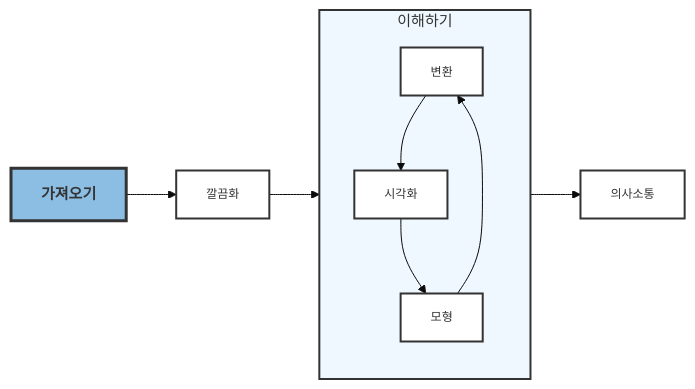
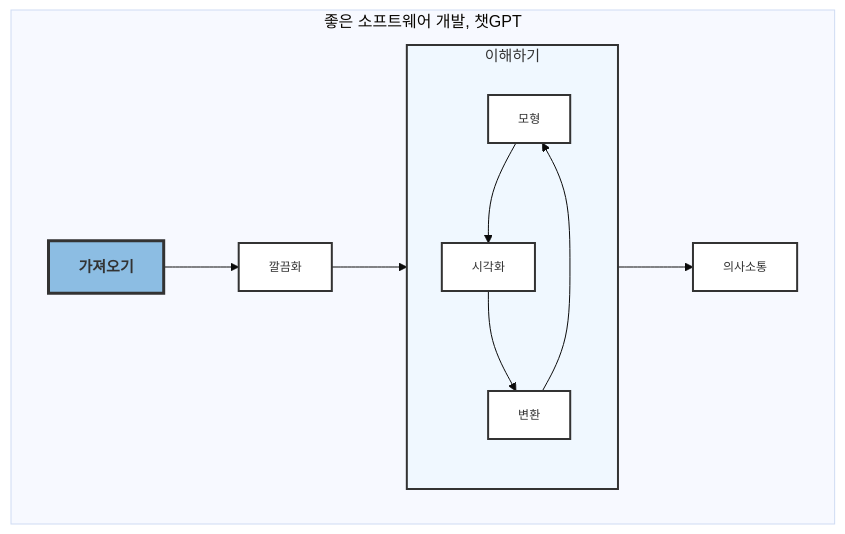
One commit to bit2r/chatGPT4ds changed the diagram in intro.qmd. Above: the diagram before and after it, drawn with Mermaid (base theme). The commit also changed other lines of this file and 54 other files, not shown here.

````diff
--- a/intro.qmd
+++ b/intro.qmd
@@ -5,22 +5,25 @@
 ```{mermaid}
 %%| label: fig-workflow
 %%| fig-cap: 데이터 과학 작업흐름도
 %%| fig-align: center
 
-graph LR
-    subgraph 이해하기
-        변환 --> 시각화
-        시각화 --> 모형
-        모형 --> 변환
-    end
+graph TB
+    subgraph Software["좋은 소프트웨어 개발, 챗GPT"]
+        subgraph 이해하기
+            모형 --> 시각화
+            변환 --> 모형
+            시각화 --> 변환
+            
+        end
     가져오기 --> 깔끔화 --> 이해하기
     이해하기 --> 의사소통
+    end
     
     classDef modern fill:#fff,stroke:#333,stroke-width:2px,color:#333,font-family:MaruBuri,font-size:12px;
     classDef emphasize fill:#8CBDE3,stroke:#333,stroke-width:3px,color:#333,font-family:MaruBuri,font-size:15px,font-weight:bold;
     classDef subgraphStyle fill:#f0f8ff,stroke:#333,stroke-width:2px,color:#333,font-family:MaruBuri,font-size:15px;
     
     class 깔끔화,변환,모형,시각화,의사소통 modern
     class 가져오기 emphasize
     class 이해하기 subgraphStyle
 ```
````
